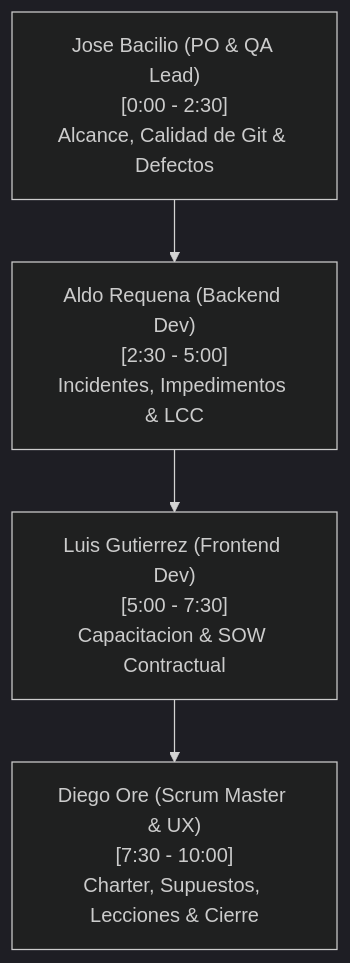
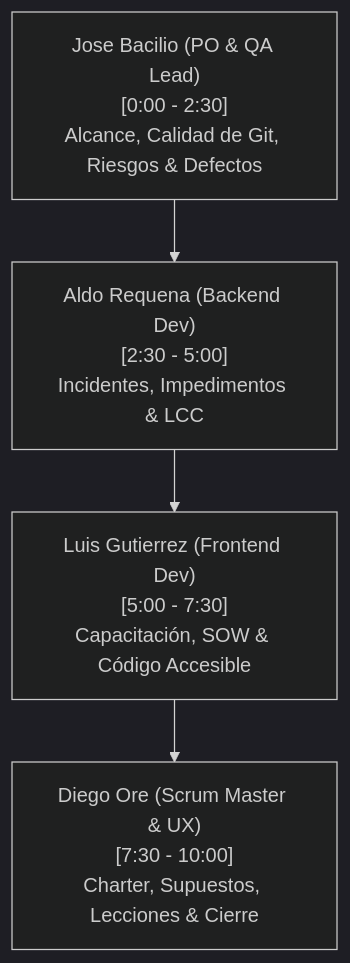
Before and after one commit to DiegoOreGonzales/TallerDeProyecto2: the diagram in docs/gestion/guia_exposicion_cierre_inspeccion08.md, drawn with Mermaid (dark theme). The commit also changed other lines of this file, not shown here.

````diff
--- a/docs/gestion/guia_exposicion_cierre_inspeccion08.md
+++ b/docs/gestion/guia_exposicion_cierre_inspeccion08.md
@@ -12,6 +12,6 @@
 ```mermaid
 graph TD
-    A["Jose Bacilio (PO & QA Lead)<br>[0:00 - 2:30]<br>Alcance, Calidad de Git & Defectos"] --> B["Aldo Requena (Backend Dev)<br>[2:30 - 5:00]<br>Incidentes, Impedimentos & LCC"]
-    B --> C["Luis Gutierrez (Frontend Dev)<br>[5:00 - 7:30]<br>Capacitacion & SOW Contractual"]
+    A["Jose Bacilio (PO & QA Lead)<br>[0:00 - 2:30]<br>Alcance, Calidad de Git, Riesgos & Defectos"] --> B["Aldo Requena (Backend Dev)<br>[2:30 - 5:00]<br>Incidentes, Impedimentos & LCC"]
+    B --> C["Luis Gutierrez (Frontend Dev)<br>[5:00 - 7:30]<br>Capacitación, SOW & Código Accesible"]
     C --> D["Diego Ore (Scrum Master & UX)<br>[7:30 - 10:00]<br>Charter, Supuestos, Lecciones & Cierre"]
 ```
````
